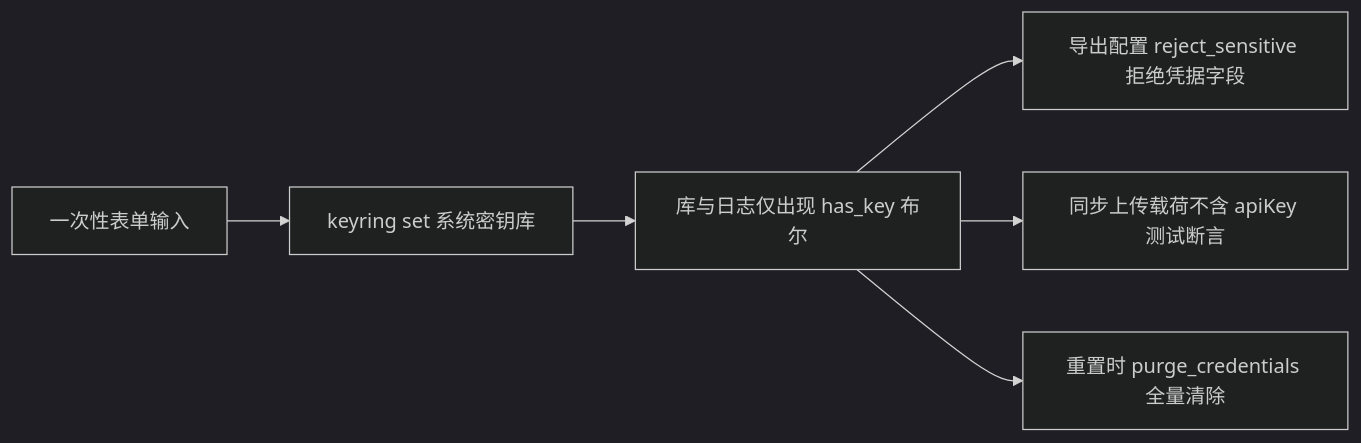
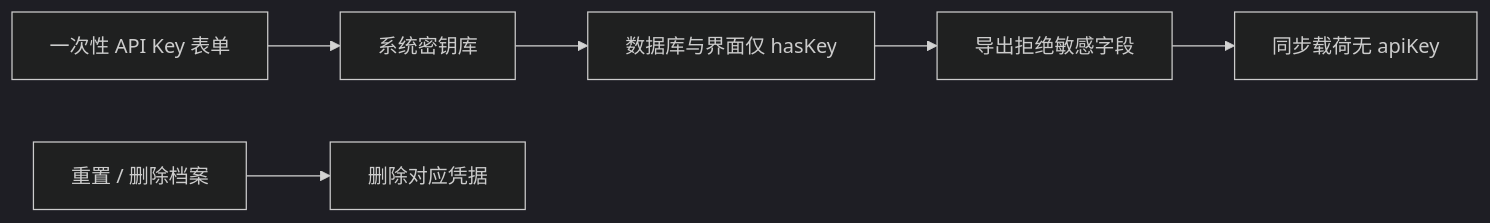
Before and after one commit to hershate/Deep-tutor: the fifth of 5 diagrams in docs/architecture/03-workflow.md, drawn with Mermaid (dark theme). The commit also changed other lines of this file and 1 other file, not shown here.

````diff
--- a/docs/architecture/03-workflow.md
+++ b/docs/architecture/03-workflow.md
@@ -247,8 +198,8 @@
 ```mermaid
 flowchart LR
-    A[一次性表单输入] --> B[keyring set 系统密钥库]
-    B --> C[库与日志仅出现 has_key 布尔]
-    C --> D[导出配置 reject_sensitive 拒绝凭据字段]
-    C --> E[同步上传载荷不含 apiKey 测试断言]
-    C --> F[重置时 purge_credentials 全量清除]
+    A[一次性 API Key 表单] --> B[系统密钥库]
+    B --> C[数据库与界面仅 hasKey]
+    C --> D[导出拒绝敏感字段]
+    D --> E[同步载荷无 apiKey]
+    F[重置 / 删除档案] --> G[删除对应凭据]
 ```
````
